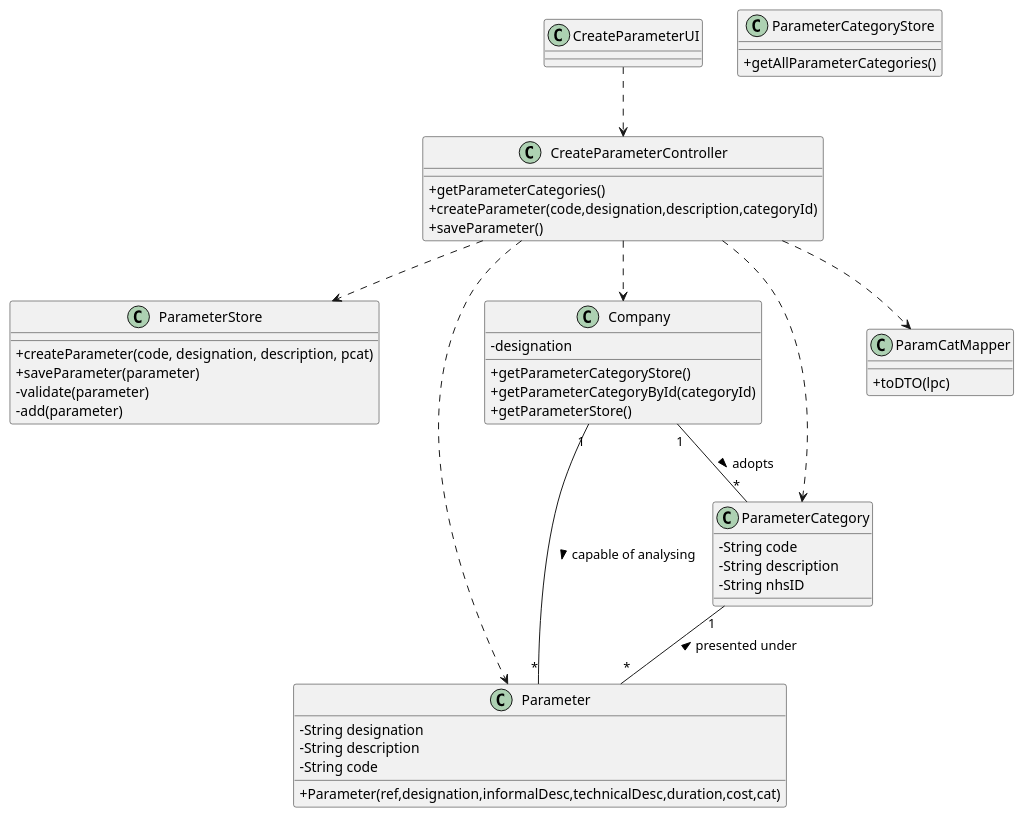
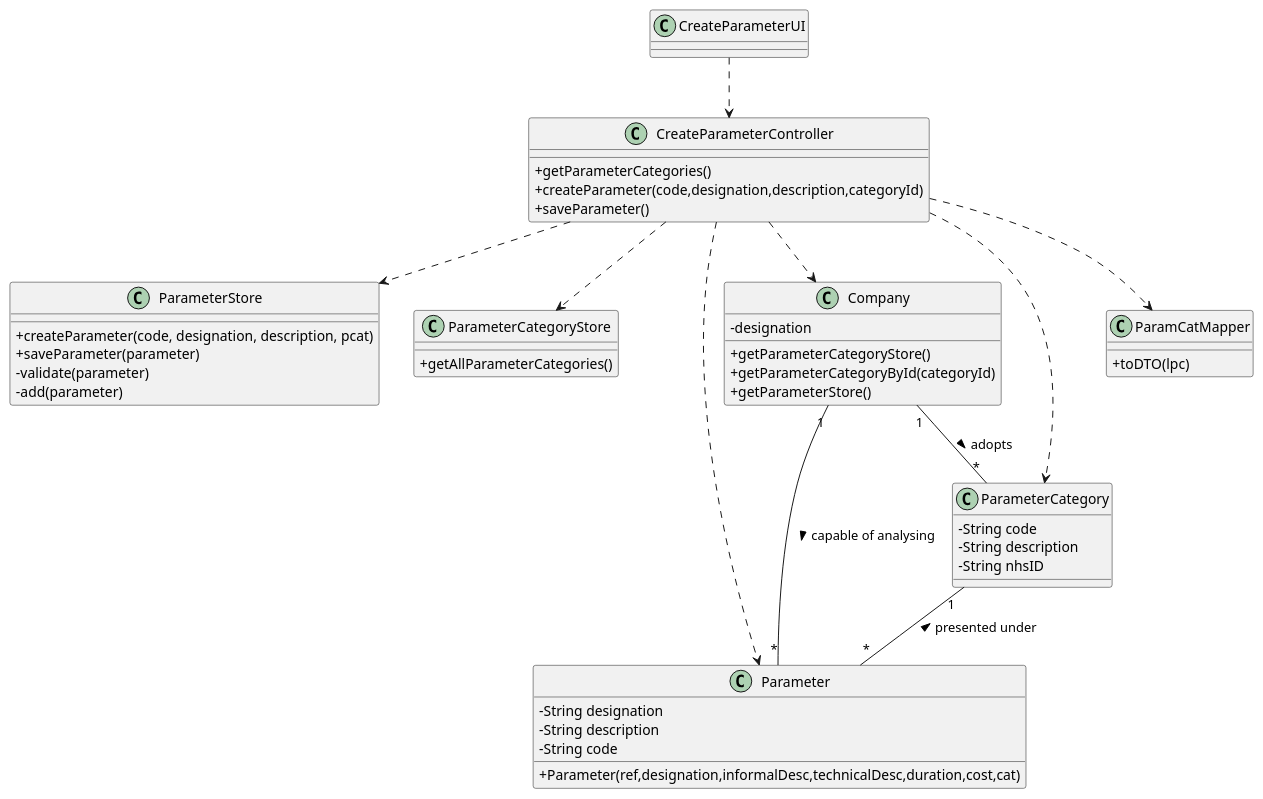
The diagram in docs/SprintB/US10/US10-CD.puml (0franciscor/lei-21-s2-1de-g19), drawn with PlantUML before and after one commit. The commit also changed 1 other file, not shown here.

```diff
--- a/docs/SprintB/US10/US10-CD.puml
+++ b/docs/SprintB/US10/US10-CD.puml
@@ -1,66 +1,67 @@
 @startuml
 skinparam classAttributeIconSize 0
 
 
 class ParameterStore{
   +createParameter(code, designation, description, pcat)
   +saveParameter(parameter)
   -validate(parameter)
   -add(parameter)
 }
 
 class ParameterCategoryStore{
   +getAllParameterCategories()
 }
 
 
 class Parameter {
   - String designation
   - String description
   - String code
   +Parameter(ref,designation,informalDesc,technicalDesc,duration,cost,cat)
 }
 
 class Company {
   -designation
   +getParameterCategoryStore()
   +getParameterCategoryById(categoryId)
   +getParameterStore()
 }
 
 class ParameterCategory {
   -String code
   -String description
   -String nhsID
 }
 
 
 
 class ParamCatMapper{
   +toDTO(lpc)
 }
 
 
 class CreateParameterController {
   +getParameterCategories()
   +createParameter(code,designation,description,categoryId)
   +saveParameter()
 }
 
 class CreateParameterUI {
 }
 
 CreateParameterUI ..> CreateParameterController
 CreateParameterController ..> ParameterCategory
 CreateParameterController ..> ParamCatMapper
 CreateParameterController ..> Parameter
 CreateParameterController ..> Company
 CreateParameterController ..> ParameterStore
+CreateParameterController ..> ParameterCategoryStore
 
 Company "1" -- "*" Parameter : > capable of analysing
 Company "1" -- "*" ParameterCategory : > adopts
 ParameterCategory "1" -- "*" Parameter : < presented under
 
 
 
 @enduml
```
